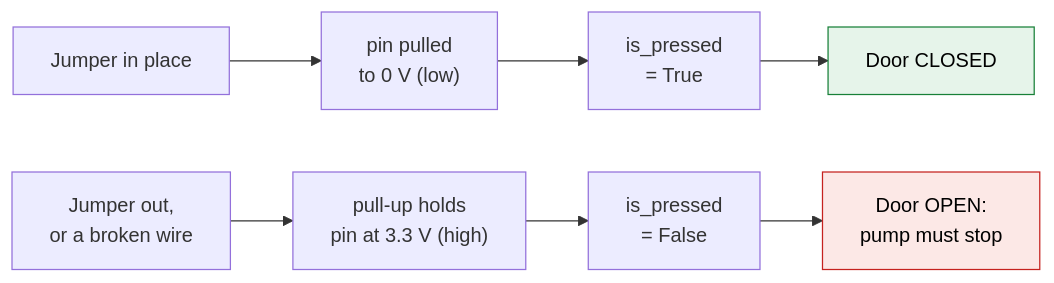
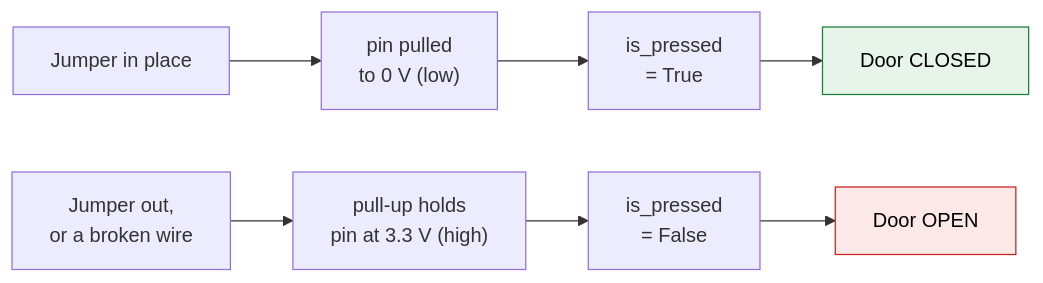
One commit to luqmanyusof/industrial-iot-raspberry-pi changed diagram 12 of 13 in day1.md. Above: the diagram before and after it, drawn with Mermaid. The commit also changed other lines of this file and 34 other files, not shown here.

````diff
--- a/day1.md
+++ b/day1.md
@@ -1194,9 +1192,9 @@
 ```mermaid
 flowchart LR
     j1["Jumper in place"] --> l1["pin pulled<br/>to 0 V (low)"] --> p1["is_pressed<br/>= True"] --> c1["Door CLOSED"]
-    j2["Jumper out,<br/>or a broken wire"] --> l2["pull-up holds<br/>pin at 3.3 V (high)"] --> p2["is_pressed<br/>= False"] --> c2["Door OPEN:<br/>pump must stop"]
+    j2["Jumper out,<br/>or a broken wire"] --> l2["pull-up holds<br/>pin at 3.3 V (high)"] --> p2["is_pressed<br/>= False"] --> c2["Door OPEN"]
     classDef good fill:#e6f4ea,stroke:#188038,color:#000
     classDef bad fill:#fce8e6,stroke:#c5221f,color:#000
     class c1 good
     class c2 bad
 ```
````
